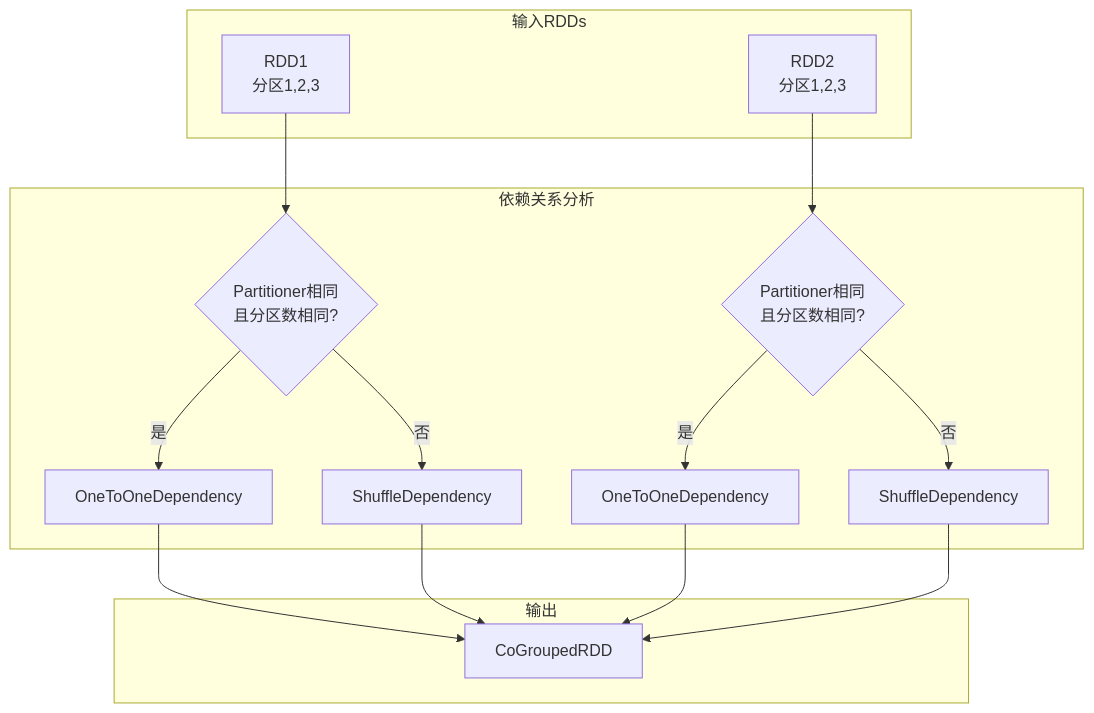
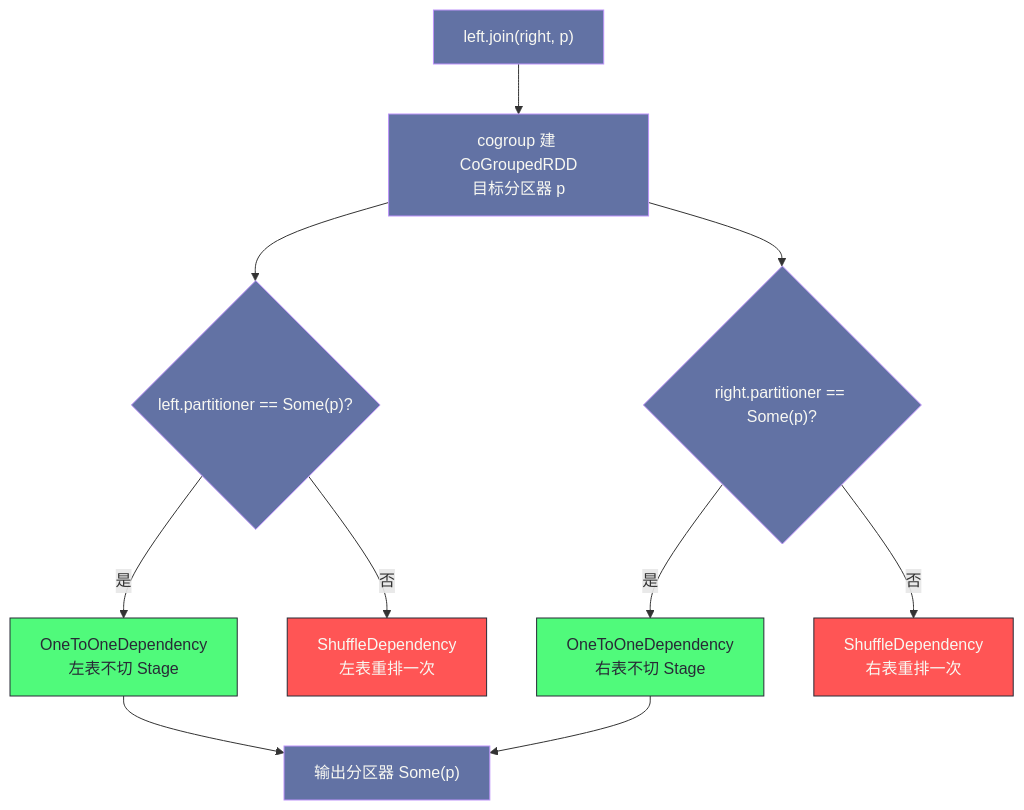
The fourth of 6 diagrams in content/大数据/Spark/读书笔记-spark内核/01_核心概念与基础/3. Spark核心Transformation操作详解.md (hpliStartAgain/my-brain), drawn with Mermaid before and after one commit. The commit also changed other lines of this file and 259 other files, not shown here.

````diff
--- a/content/大数据/Spark/读书笔记-spark内核/01_核心概念与基础/3. Spark核心Transformation操作详解.md
+++ b/content/大数据/Spark/读书笔记-spark内核/01_核心概念与基础/3. Spark核心Transformation操作详解.md
@@ -609,24 +348,19 @@
 ```mermaid
+%%{init: {'theme': 'dracula'}}%%
 flowchart TD
-    subgraph "输入RDDs"
-        RDD1["RDD1<br>分区1,2,3"]
-        RDD2["RDD2<br>分区1,2,3"]
-    end
-    
-    subgraph "依赖关系分析"
-        RDD1 --> C1{"Partitioner相同<br>且分区数相同?"}
-        RDD2 --> C2{"Partitioner相同<br>且分区数相同?"}
-        
-        C1 -->|"是"| D1["OneToOneDependency"]
-        C1 -->|"否"| D2["ShuffleDependency"]
-        C2 -->|"是"| D3["OneToOneDependency"]
-        C2 -->|"否"| D4["ShuffleDependency"]
-    end
-    
-    subgraph "输出"
-        D1 --> O["CoGroupedRDD"]
-        D2 --> O
-        D3 --> O
-        D4 --> O
-    end
+    J["left.join(right, p)"] --> C["cogroup 建 CoGroupedRDD<br/>目标分区器 p"]
+    C --> L{"left.partitioner == Some(p)?"}
+    L -- "是" --> LN["OneToOneDependency<br/>左表不切 Stage"]
+    L -- "否" --> LS["ShuffleDependency<br/>左表重排一次"]
+    C --> R{"right.partitioner == Some(p)?"}
+    R -- "是" --> RN["OneToOneDependency<br/>右表不切 Stage"]
+    R -- "否" --> RS["ShuffleDependency<br/>右表重排一次"]
+    LN --> O["输出分区器 Some(p)"]
+    RN --> O
+    classDef narrow fill:#50fa7b,stroke:#282a36,color:#282a36
+    classDef wide fill:#ff5555,stroke:#282a36,color:#f8f8f2
+    classDef neutral fill:#6272a4,stroke:#bd93f9,color:#f8f8f2
+    class LN,RN narrow
+    class LS,RS wide
+    class J,C,L,R,O neutral
 ```
````
